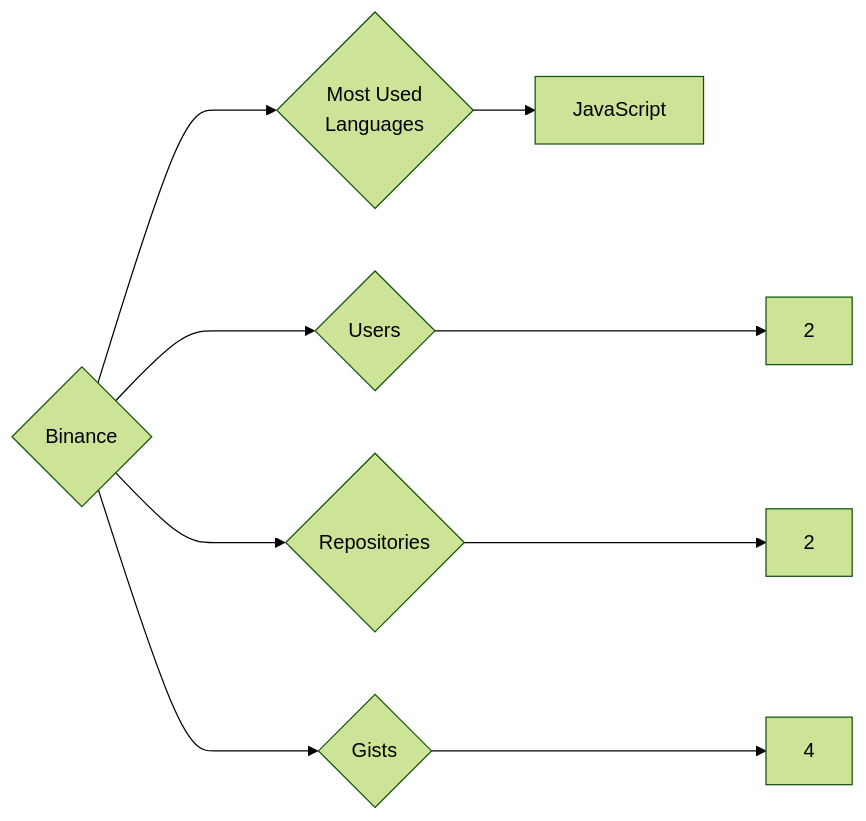
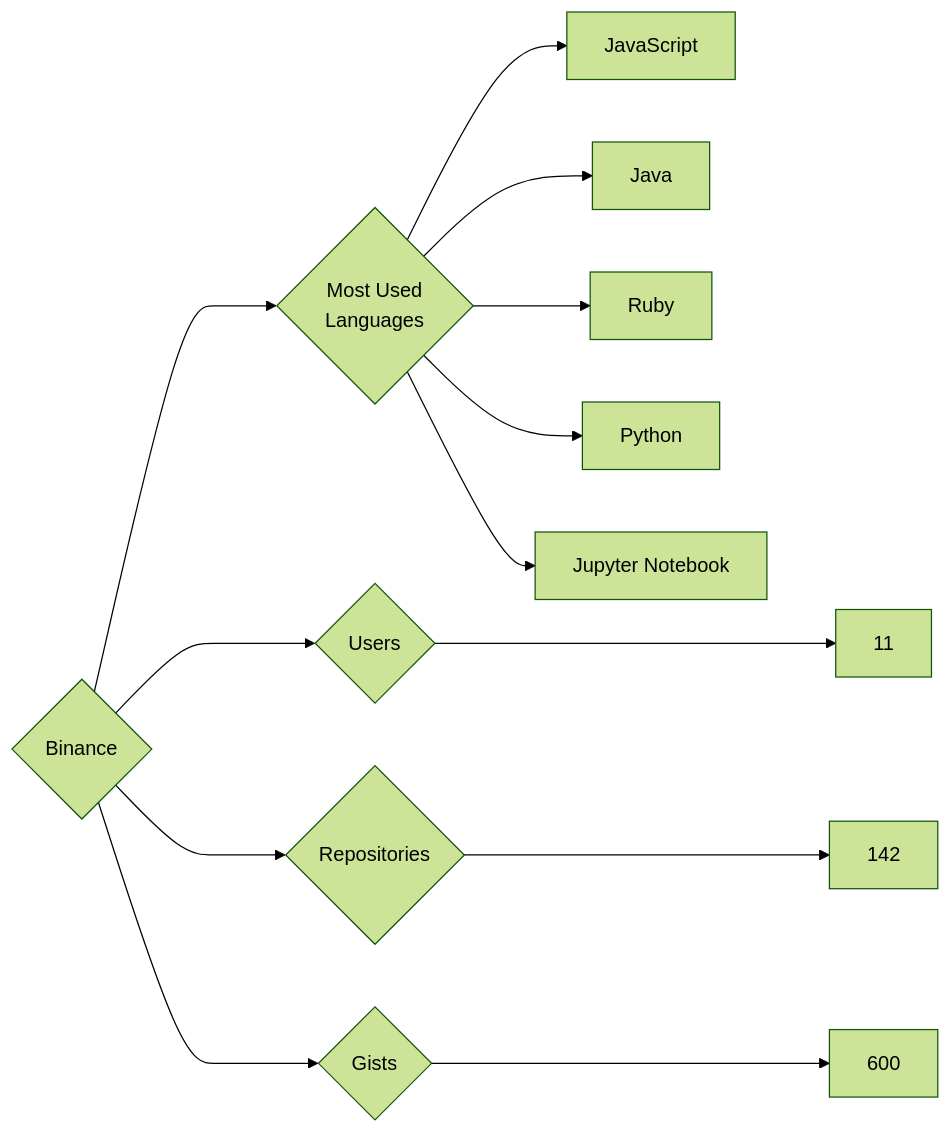
One commit to trickest/insiders changed the diagram in targets/Binance/README.md. Above: the diagram before and after it, drawn with Mermaid (forest theme). The commit also changed 1314 other files, not shown here.

````diff
--- a/targets/Binance/README.md
+++ b/targets/Binance/README.md
@@ -3,9 +3,13 @@
 ```mermaid
 graph LR
 COMPANY_NAME{Binance}
-COMPANY_NAME ---> U{Users} ---> UN[2]
-COMPANY_NAME ---> R{Repositories} ---> RN[2]
-COMPANY_NAME ---> G{Gists} ---> GN[4]
+COMPANY_NAME ---> U{Users} ---> UN[11]
+COMPANY_NAME ---> R{Repositories} ---> RN[142]
+COMPANY_NAME ---> G{Gists} ---> GN[600]
 COMPANY_NAME ---> ML{Most Used<br>Languages}
 ML --> JavaScript[JavaScript]
+ML --> Java[Java]
+ML --> Ruby[Ruby]
+ML --> Python[Python]
+ML --> Jupyter_Notebook[Jupyter Notebook]
 ```
````
